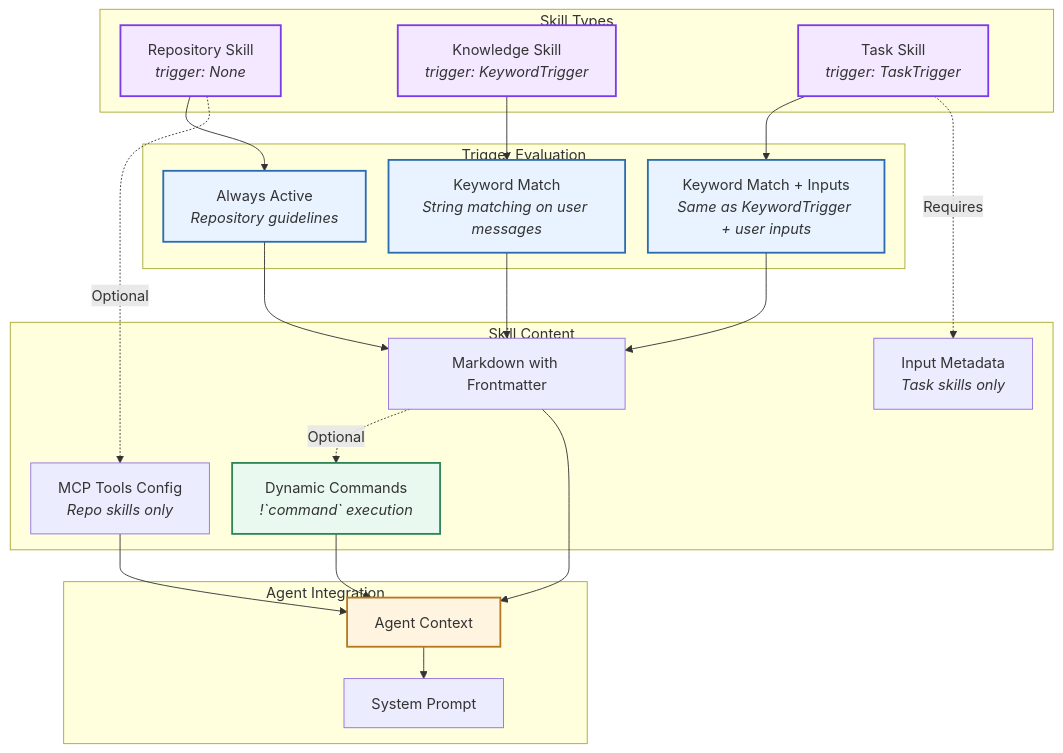
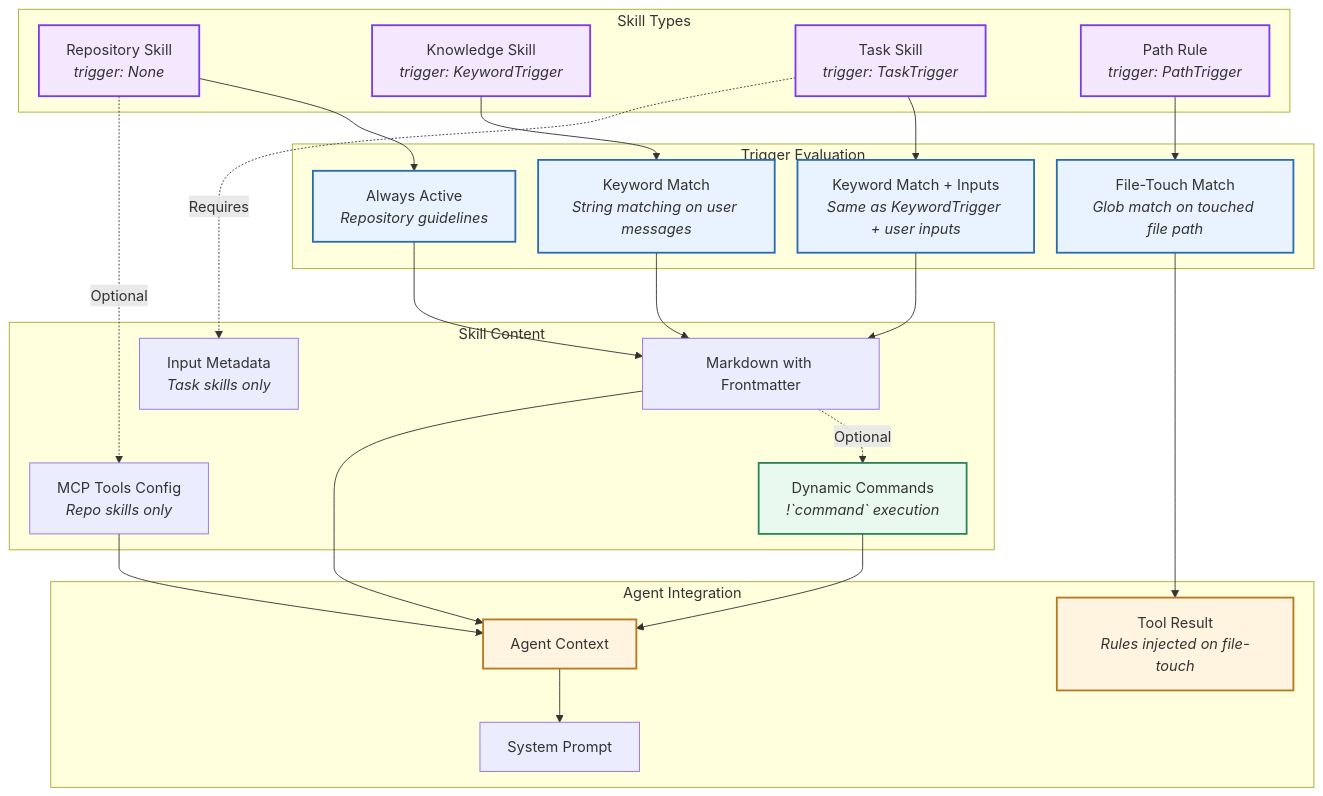
The first of 8 diagrams in sdk/arch/skill.mdx (OpenHands/docs), drawn with Mermaid before and after one commit. The commit also changed other lines of this file and 5 other files, not shown here.

First line of the commit message:
docs: document path-triggered rules (#606)

````diff
--- a/sdk/arch/skill.mdx
+++ b/sdk/arch/skill.mdx
@@ -22,54 +22,59 @@
 ```mermaid
 %%{init: {"theme": "default", "flowchart": {"nodeSpacing": 25, "rankSpacing": 35}} }%%
 flowchart TB
     subgraph Types["Skill Types"]
         Repo["Repository Skill<br><i>trigger: None</i>"]
         Knowledge["Knowledge Skill<br><i>trigger: KeywordTrigger</i>"]
         Task["Task Skill<br><i>trigger: TaskTrigger</i>"]
+        Rule["Path Rule<br><i>trigger: PathTrigger</i>"]
     end
     
     subgraph Triggers["Trigger Evaluation"]
         Always["Always Active<br><i>Repository guidelines</i>"]
         Keyword["Keyword Match<br><i>String matching on user messages</i>"]
         TaskMatch["Keyword Match + Inputs<br><i>Same as KeywordTrigger + user inputs</i>"]
+        PathMatch["File-Touch Match<br><i>Glob match on touched file path</i>"]
     end
     
     subgraph Content["Skill Content"]
         Markdown["Markdown with Frontmatter"]
         Dynamic["Dynamic Commands<br><i>!`command` execution</i>"]
         MCPTools["MCP Tools Config<br><i>Repo skills only</i>"]
         Inputs["Input Metadata<br><i>Task skills only</i>"]
     end
     
     subgraph Integration["Agent Integration"]
         Context["Agent Context"]
         Prompt["System Prompt"]
+        ToolResult["Tool Result<br><i>Rules injected on file-touch</i>"]
     end
     
     Repo --> Always
     Knowledge --> Keyword
     Task --> TaskMatch
+    Rule --> PathMatch
     
     Always --> Markdown
     Keyword --> Markdown
     TaskMatch --> Markdown
+    PathMatch --> ToolResult
     
     Markdown -.->|Optional| Dynamic
     Repo -.->|Optional| MCPTools
     Task -.->|Requires| Inputs
     
     Markdown --> Context
     Dynamic --> Context
     MCPTools --> Context
     Context --> Prompt
     
     classDef primary fill:#f3e8ff,stroke:#7c3aed,stroke-width:2px
     classDef secondary fill:#e8f3ff,stroke:#2b6cb0,stroke-width:2px
     classDef tertiary fill:#fff4df,stroke:#b7791f,stroke-width:2px
     classDef dynamic fill:#e9f9ef,stroke:#2f855a,stroke-width:2px
     
-    class Repo,Knowledge,Task primary
-    class Always,Keyword,TaskMatch secondary
-    class Context tertiary
+    class Repo,Knowledge,Task,Rule primary
+    class Always,Keyword,TaskMatch,PathMatch secondary
+    class Context,ToolResult tertiary
     class Dynamic dynamic
 ```
````
